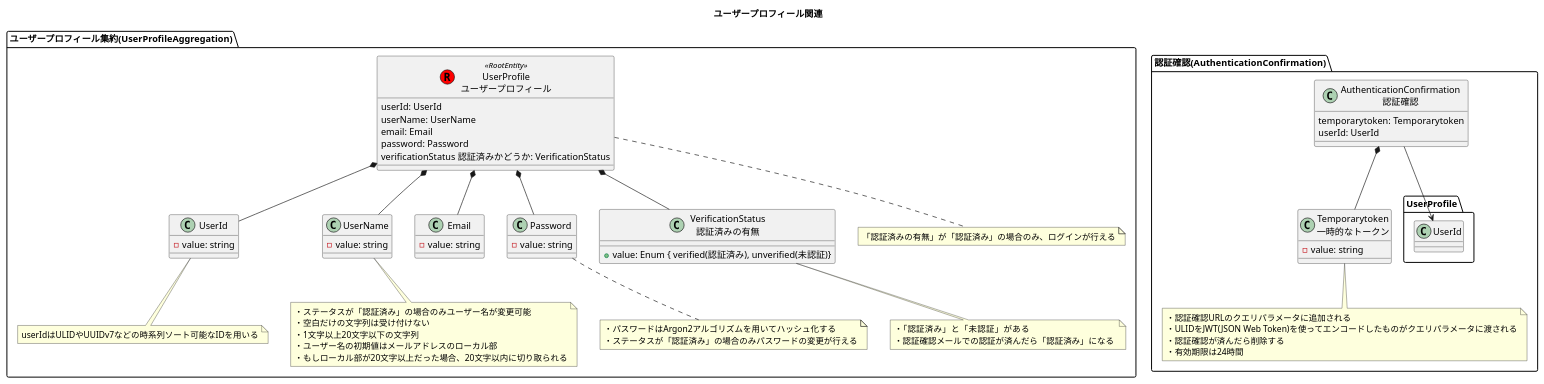
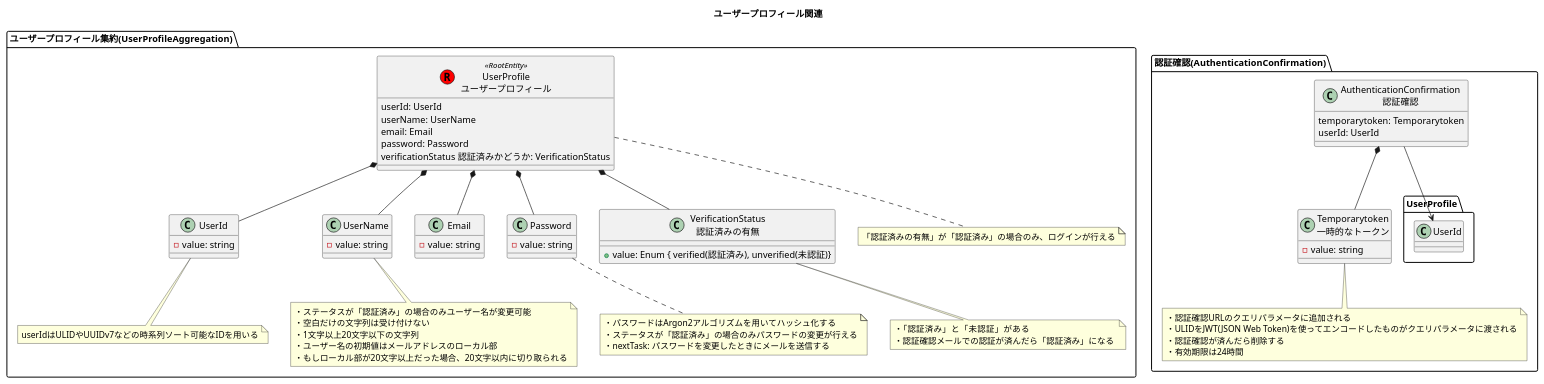
One commit to h-maki2/identityAccess changed the diagram in modelingDiagram/domainModelDiagram/ユーザープロフィール関連.pu. Above: the diagram before and after it, drawn with PlantUML. The commit also changed 5 other files, not shown here.

```diff
--- a/modelingDiagram/domainModelDiagram/ユーザープロフィール関連.pu
+++ b/modelingDiagram/domainModelDiagram/ユーザープロフィール関連.pu
@@ -1,88 +1,89 @@
 @startuml ユーザープロフィール関連
 
 title ユーザープロフィール関連
 
 package "ユーザープロフィール集約(UserProfileAggregation)" {
     class "UserProfile\nユーザープロフィール" as UserProfile << (R,red) RootEntity >> {
         userId: UserId
         userName: UserName
         email: Email
         password: Password
         verificationStatus 認証済みかどうか: VerificationStatus
     }
 
     class UserId {
         - value: string
     }
 
     class UserName {
         - value: string
     }
 
     class Email {
         - value: string
     }
 
     class Password {
         - value: string
     }
 
     class "VerificationStatus\n認証済みの有無" as VerificationStatus {
         + value: Enum { verified(認証済み), unverified(未認証)}
     }
 
     note bottom of UserProfile
         「認証済みの有無」が「認証済み」の場合のみ、ログインが行える
     end note
 
     note bottom of UserId
         userIdはULIDやUUIDv7などの時系列ソート可能なIDを用いる
     end note
 
     note bottom of UserName
         ・ステータスが「認証済み」の場合のみユーザー名が変更可能
         ・空白だけの文字列は受け付けない
         ・1文字以上20文字以下の文字列
         ・ユーザー名の初期値はメールアドレスのローカル部
         ・もしローカル部が20文字以上だった場合、20文字以内に切り取られる
     end note
 
     note bottom of VerificationStatus
         ・「認証済み」と「未認証」がある
         ・認証確認メールでの認証が済んだら「認証済み」になる 
     end note
 
     note bottom of Password
         ・パスワードはArgon2アルゴリズムを用いてハッシュ化する
         ・ステータスが「認証済み」の場合のみパスワードの変更が行える
+        ・nextTask: パスワードを変更したときにメールを送信する
     end note
 
     UserProfile *-down- UserId
     UserProfile *-down- UserName
     UserProfile *-down- Email
     UserProfile *-down- Password
     UserProfile *-down- VerificationStatus
 }
 
 package "認証確認(AuthenticationConfirmation)" {
     class "AuthenticationConfirmation\n認証確認" as AuthenticationConfirmation {
         temporarytoken: Temporarytoken
         userId: UserId
     }
 
     class "Temporarytoken\n一時的なトークン" as Temporarytoken {
         - value: string
     }
 
     note bottom of Temporarytoken
         ・認証確認URLのクエリパラメータに追加される
         ・ULIDをJWT(JSON Web Token)を使ってエンコードしたものがクエリパラメータに渡される
         ・認証確認が済んだら削除する
         ・有効期限は24時間
     end note
 
     AuthenticationConfirmation *-down- Temporarytoken
     AuthenticationConfirmation -down-> UserProfile.UserId
 }
 
 @enduml
```
